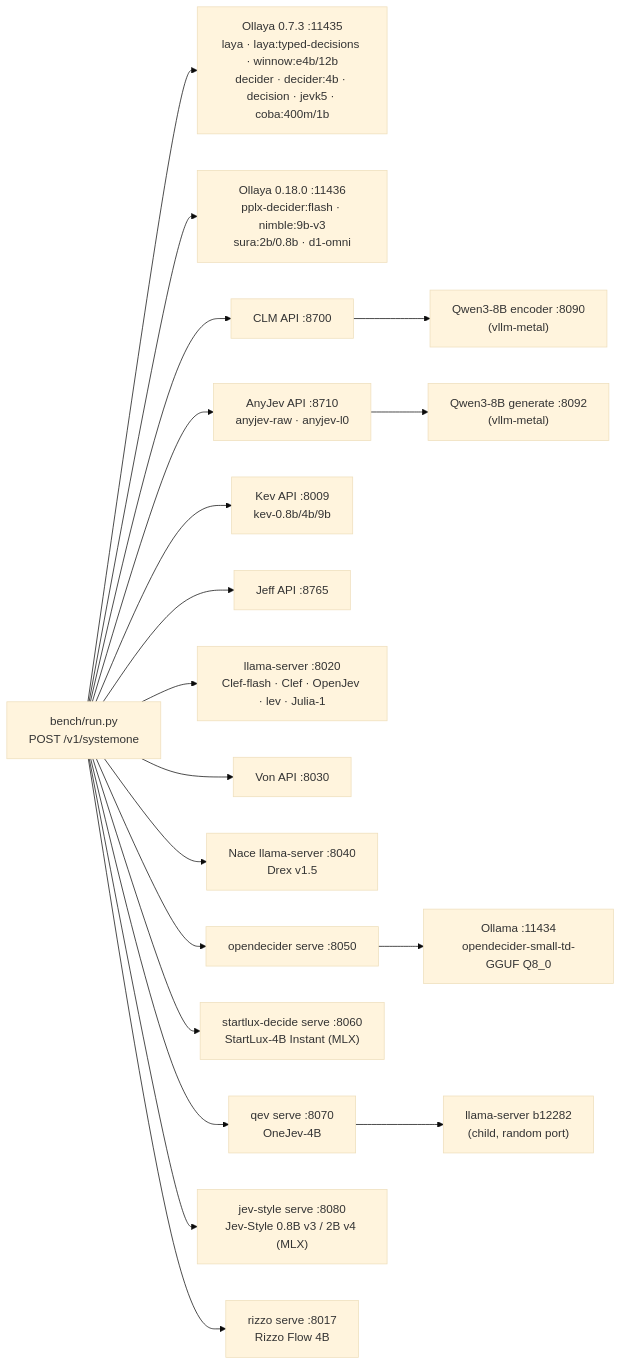
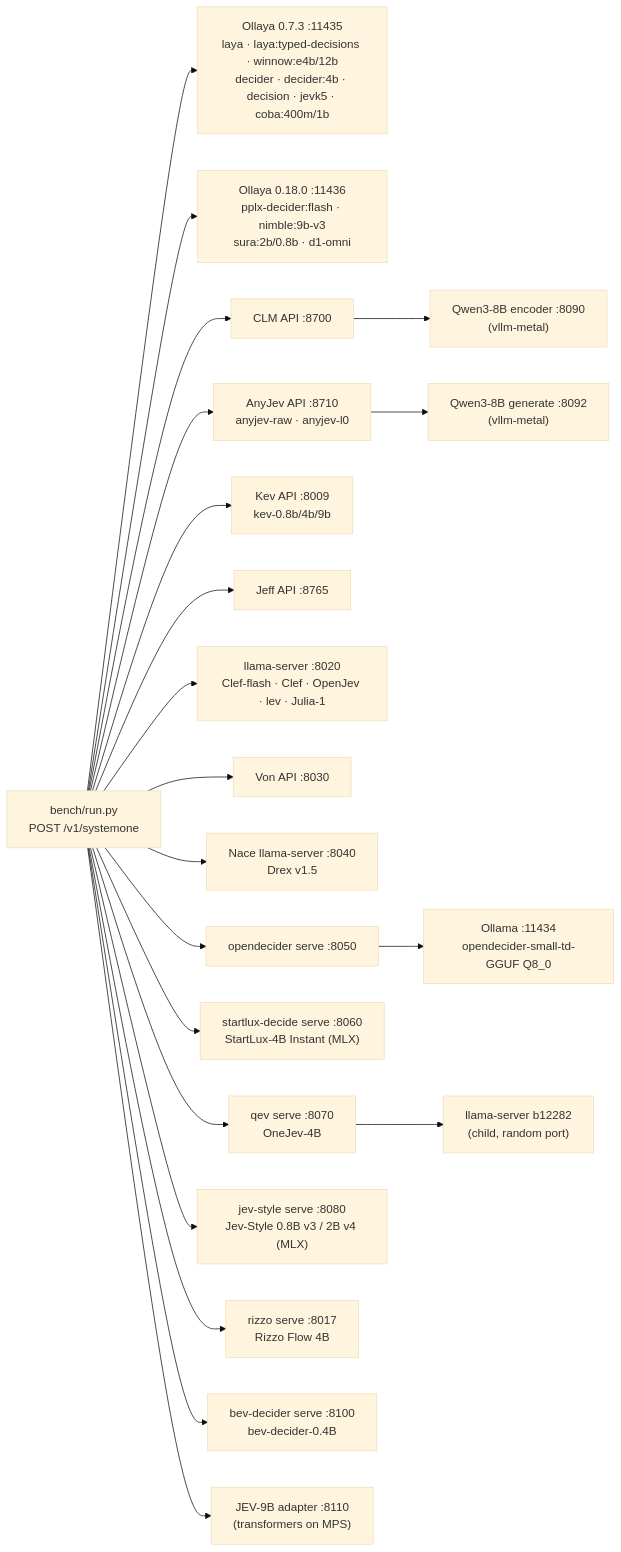
One commit to tak-bro/local-jev-bench changed the diagram in README.md. Above: the diagram before and after it, drawn with Mermaid (base theme). The commit also changed other lines of this file and 9 other files, not shown here.

First line of the commit message:
feat(bench): add bev-decider-0.4B and JEV-9B engines (#33)

````diff
--- a/README.md
+++ b/README.md
@@ -332,24 +334,26 @@
 ```mermaid
 flowchart LR
     client["bench/run.py<br/>POST /v1/systemone"]
 
     client --> ollaya1["Ollaya 0.7.3 :11435<br/>laya · laya:typed-decisions · winnow:e4b/12b<br/>decider · decider:4b · decision · jevk5 · coba:400m/1b"]
     client --> ollaya2["Ollaya 0.18.0 :11436<br/>pplx-decider:flash · nimble:9b-v3<br/>sura:2b/0.8b · d1-omni"]
     client --> clmapi["CLM API :8700"]
     client --> anyjevapi["AnyJev API :8710<br/>anyjev-raw · anyjev-l0"]
     client --> kevapi["Kev API :8009<br/>kev-0.8b/4b/9b"]
     client --> jeffapi["Jeff API :8765"]
     client --> llama["llama-server :8020<br/>Clef-flash · Clef · OpenJev · lev · Julia-1"]
     client --> vonapi["Von API :8030"]
     client --> drexapi["Nace llama-server :8040<br/>Drex v1.5"]
     client --> odapi["opendecider serve :8050"]
     client --> slapi["startlux-decide serve :8060<br/>StartLux-4B Instant (MLX)"]
     client --> qevapi["qev serve :8070<br/>OneJev-4B"]
     client --> jsapi["jev-style serve :8080<br/>Jev-Style 0.8B v3 / 2B v4 (MLX)"]
     client --> rzapi["rizzo serve :8017<br/>Rizzo Flow 4B"]
+    client --> bevapi["bev-decider serve :8100<br/>bev-decider-0.4B"]
+    client --> jevapi["JEV-9B adapter :8110<br/>(transformers on MPS)"]
 
     clmapi --> embed8090["Qwen3-8B encoder :8090<br/>(vllm-metal)"]
     anyjevapi --> gen8092["Qwen3-8B generate :8092<br/>(vllm-metal)"]
     qevapi --> qevllama["llama-server b12282<br/>(child, random port)"]
     odapi --> ollama["Ollama :11434<br/>opendecider-small-td-GGUF Q8_0"]
 ```
````
